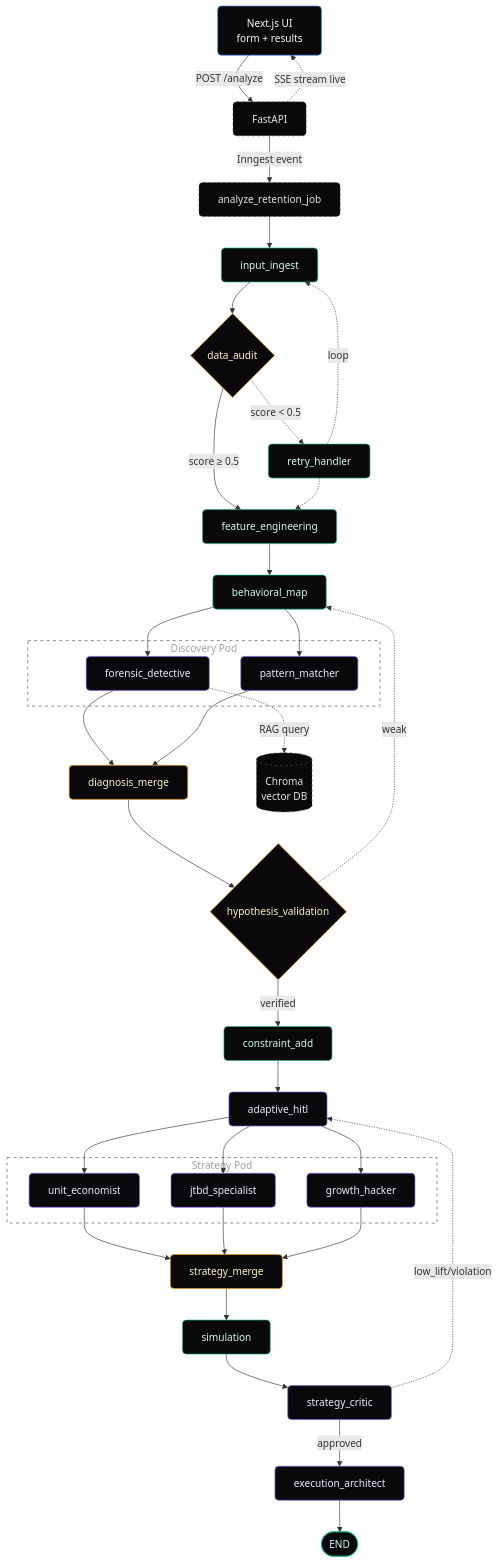
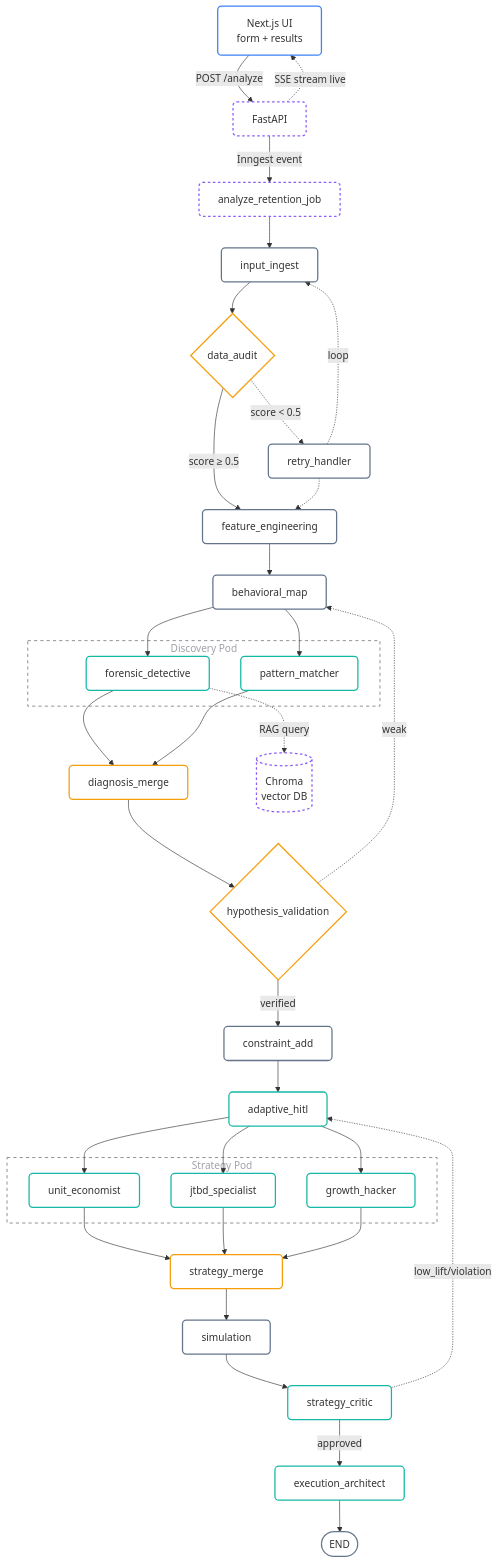
One commit to Srijan76-code/Retain_AI changed the first of 3 diagrams in README.md. Above: the diagram before and after it, drawn with Mermaid. The commit also changed other lines of this file, not shown here.

Commit message:
17.docs: update readme diagram

````diff
--- a/README.md
+++ b/README.md
@@ -29,12 +32,12 @@
 ```mermaid
 flowchart TD
-    %% Premium minimalist styling
-    classDef default fill:#09090b,stroke:#52525B,stroke-width:1px,color:#f8fafc,rx:6px,ry:6px;
-    classDef ui fill:#09090b,stroke:#3b82f6,stroke-width:1px,color:#f8fafc,rx:6px,ry:6px;
-    classDef ext fill:#09090b,stroke:#52525B,stroke-width:1px,color:#e4e4e7,stroke-dasharray: 4 4,rx:6px,ry:6px;
-    classDef agent fill:#09090b,stroke:#8b5cf6,stroke-width:1px,color:#f3e8ff,rx:6px,ry:6px;
-    classDef util fill:#09090b,stroke:#10b981,stroke-width:1px,color:#d1fae5,rx:6px,ry:6px;
-    classDef gate fill:#09090b,stroke:#f59e0b,stroke-width:1px,color:#fef3c7,rx:6px,ry:6px;
+    %% Native GitHub theme adaptation
+    classDef default fill:transparent,stroke:#52525B,stroke-width:1px,rx:6px,ry:6px;
+    classDef ui fill:transparent,stroke:#3b82f6,stroke-width:2px,rx:6px,ry:6px;
+    classDef ext fill:transparent,stroke:#8b5cf6,stroke-width:2px,stroke-dasharray: 4 4,rx:6px,ry:6px;
+    classDef agent fill:transparent,stroke:#14b8a6,stroke-width:2px,rx:6px,ry:6px;
+    classDef util fill:transparent,stroke:#64748b,stroke-width:2px,rx:6px,ry:6px;
+    classDef gate fill:transparent,stroke:#f59e0b,stroke-width:2px,rx:6px,ry:6px;
 
     UI[Next.js UI<br/>form + results]:::ui -->|POST /analyze| API[FastAPI]:::ext
     API -.->|SSE stream live| UI
@@ -91,23 +94,23 @@
     FD -.->|RAG query| RAG
 
     %% Interactivity
-    click II href "./docs/nodes/input-ingest.md" "Input Ingest Node"
-    click DA href "./docs/nodes/data-audit.md" "Data Audit Node (Decision Gate)"
-    click RH href "./docs/nodes/retry-handler.md" "Retry Handler Node"
-    click FE href "./docs/nodes/feature-engineering.md" "Feature Engineering Node"
-    click BM href "./docs/nodes/behavioral-map.md" "Behavioral Map Node"
-    click FD href "./docs/nodes/forensic-detective.md" "Forensic Detective Agent"
-    click PM href "./docs/nodes/pattern-matcher.md" "Pattern Matcher Agent"
-    click DM href "./docs/nodes/diagnosis-merge.md" "Diagnosis Merge Node"
-    click HV href "./docs/nodes/hypothesis-validation.md" "Hypothesis Validation Gate"
-    click CA href "./docs/nodes/constraint-add.md" "Constraint Add Node"
-    click HITL href "./docs/nodes/adaptive-hitl.md" "Adaptive HITL Agent"
-    click UE href "./docs/nodes/unit-economist.md" "Unit Economist Agent"
-    click JTBD href "./docs/nodes/jtbd-specialist.md" "JTBD Specialist Agent"
-    click GH href "./docs/nodes/growth-hacker.md" "Growth Hacker Agent"
-    click SM href "./docs/nodes/strategy-merge.md" "Strategy Merge Node"
-    click SIM href "./docs/nodes/simulation.md" "Simulation Node"
-    click SC href "./docs/nodes/strategy-critic.md" "Strategy Critic Agent"
-    click EA href "./docs/nodes/execution-architect.md" "Execution Architect Agent"
-    click RAG href "./docs/rag.md" "RAG Layer Overview"
+    click II "./docs/nodes/input-ingest.md" "Ingest and normalize raw CSV data"
+    click DA "./docs/nodes/data-audit.md" "Quality score check for nulls and size"
+    click RH "./docs/nodes/retry-handler.md" "Fallback loops for low-quality data"
+    click FE "./docs/nodes/feature-engineering.md" "Computes RFM, LTV, CoxPH risk model"
+    click BM "./docs/nodes/behavioral-map.md" "Fits Kaplan-Meier survival curves & cohorts"
+    click FD "./docs/nodes/forensic-detective.md" "Investigates root-cause diagnosis using RAG"
+    click PM "./docs/nodes/pattern-matcher.md" "Discovers hidden behavioral segments & sequences"
+    click DM "./docs/nodes/diagnosis-merge.md" "Cross-examines and merges causal hypotheses"
+    click HV "./docs/nodes/hypothesis-validation.md" "Gates weak vs verified hypotheses"
+    click CA "./docs/nodes/constraint-add.md" "Filters feasibility by budget and legal rules"
+    click HITL "./docs/nodes/adaptive-hitl.md" "Requests clarifying answers from the human"
+    click UE "./docs/nodes/unit-economist.md" "Builds ROI and LTV/CAC strategies"
+    click JTBD "./docs/nodes/jtbd-specialist.md" "Builds Jobs-to-be-Done interventions"
+    click GH "./docs/nodes/growth-hacker.md" "Builds AARRR tactics and experiments"
+    click SM "./docs/nodes/strategy-merge.md" "Consolidates and ranks top recommendations"
+    click SIM "./docs/nodes/simulation.md" "Monte Carlo 10k simulations for lift %"
+    click SC "./docs/nodes/strategy-critic.md" "Senior-partner style critique and review"
+    click EA "./docs/nodes/execution-architect.md" "Outputs final 30-60-90 day playbook"
+    click RAG "./docs/rag.md" "Stores and retrieves framework context"
 ```
````
